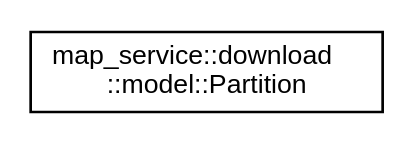
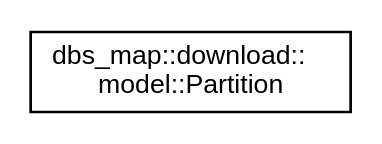
Before and after one commit to DSD-DBS/dbs-onboard-map-api: the diagram in inherit_graph_7.dot, drawn with Graphviz. The commit also changed 219 other files, not shown here.

Commit message:
Deploying to gh-pages from @ DSD-DBS/dbs-onboard-map-api@ce03e47ca5b45ffc5294686cc3363d8af5fea311 🚀

```diff
--- a/inherit_graph_7.dot
+++ b/inherit_graph_7.dot
@@ -1,8 +1,8 @@
 digraph "Graphical Class Hierarchy"
 {
  // LATEX_PDF_SIZE
   edge [fontname="Helvetica",fontsize="10",labelfontname="Helvetica",labelfontsize="10"];
   node [fontname="Helvetica",fontsize="10",shape=record];
   rankdir="LR";
-  Node0 [label="map_service::download\l::model::Partition",height=0.2,width=0.4,color="black", fillcolor="white", style="filled",URL="$structmap__service_1_1download_1_1model_1_1Partition.html",tooltip="Data Transfer Object (DTO) representing metadata for a partition in a map layer."];
+  Node0 [label="dbs_map::download::\lmodel::Partition",height=0.2,width=0.4,color="black", fillcolor="white", style="filled",URL="$structdbs__map_1_1download_1_1model_1_1Partition.html",tooltip="Data Transfer Object (DTO) representing metadata for a partition in a map layer."];
 }
```
